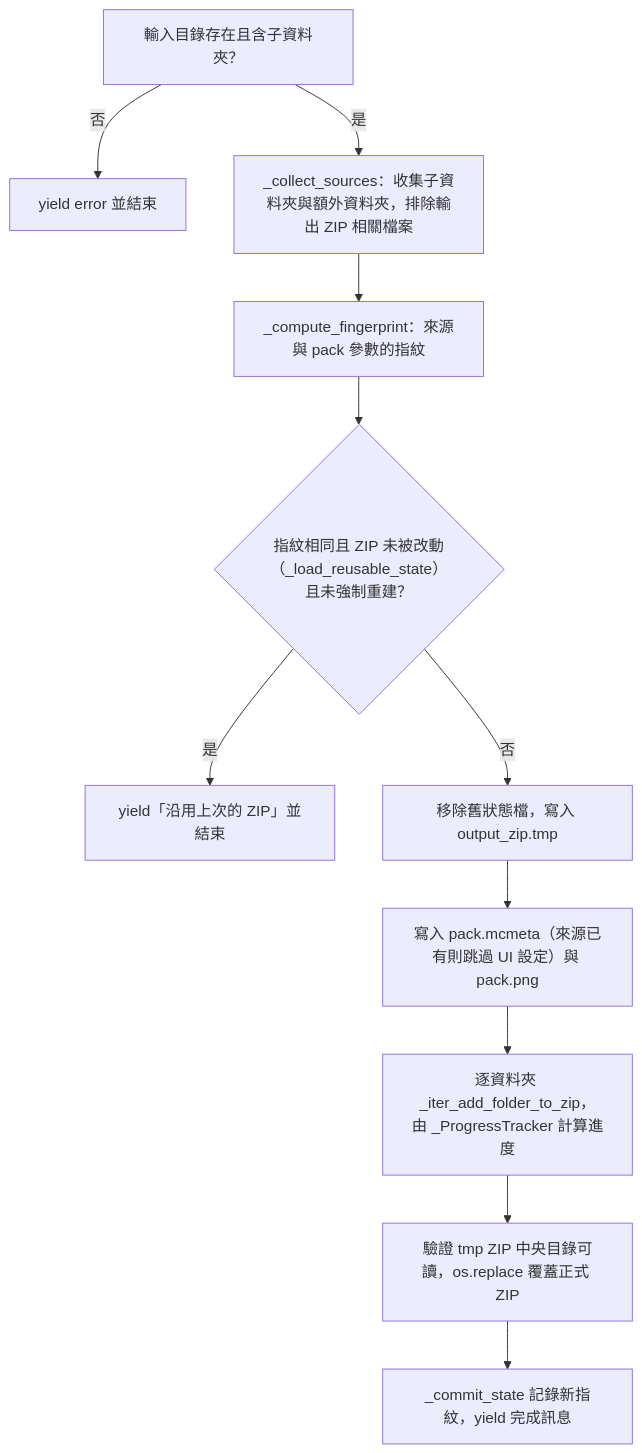
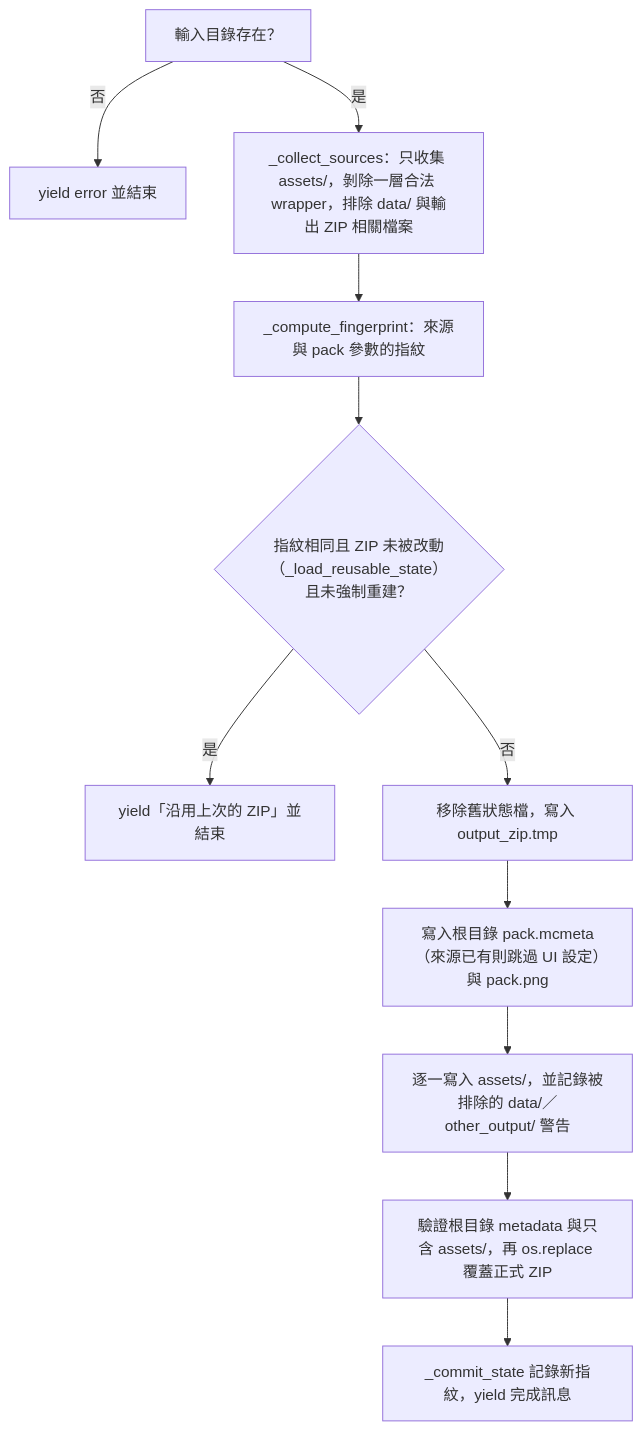
One commit to jlin53882/Minecraft-translate changed the sixth of 6 diagrams in docs/page_flows/bundler.md. Above: the diagram before and after it, drawn with Mermaid. The commit also changed other lines of this file and 96 other files, not shown here.

First line of the commit message:
feat: unify Minecraft translation pipeline and resource-pack output (#218)

````diff
--- a/docs/page_flows/bundler.md
+++ b/docs/page_flows/bundler.md
@@ -99,13 +110,13 @@
 ```mermaid
 flowchart TD
-    A["輸入目錄存在且含子資料夾？"] -- 否 --> E1["yield error 並結束"]
-    A -- 是 --> B["_collect_sources：收集子資料夾與額外資料夾，排除輸出 ZIP 相關檔案"]
+    A["輸入目錄存在？"] -- 否 --> E1["yield error 並結束"]
+    A -- 是 --> B["_collect_sources：只收集 assets/，剝除一層合法 wrapper，排除 data/ 與輸出 ZIP 相關檔案"]
     B --> C["_compute_fingerprint：來源與 pack 參數的指紋"]
     C --> D{"指紋相同且 ZIP 未被改動（_load_reusable_state）且未強制重建？"}
     D -- 是 --> E2["yield「沿用上次的 ZIP」並結束"]
     D -- 否 --> F["移除舊狀態檔，寫入 output_zip.tmp"]
-    F --> G["寫入 pack.mcmeta（來源已有則跳過 UI 設定）與 pack.png"]
-    G --> H["逐資料夾 _iter_add_folder_to_zip，由 _ProgressTracker 計算進度"]
-    H --> I["驗證 tmp ZIP 中央目錄可讀，os.replace 覆蓋正式 ZIP"]
+    F --> G["寫入根目錄 pack.mcmeta（來源已有則跳過 UI 設定）與 pack.png"]
+    G --> H["逐一寫入 assets/，並記錄被排除的 data/／other_output/ 警告"]
+    H --> I["驗證根目錄 metadata 與只含 assets/，再 os.replace 覆蓋正式 ZIP"]
     I --> J["_commit_state 記錄新指紋，yield 完成訊息"]
 ```
````
